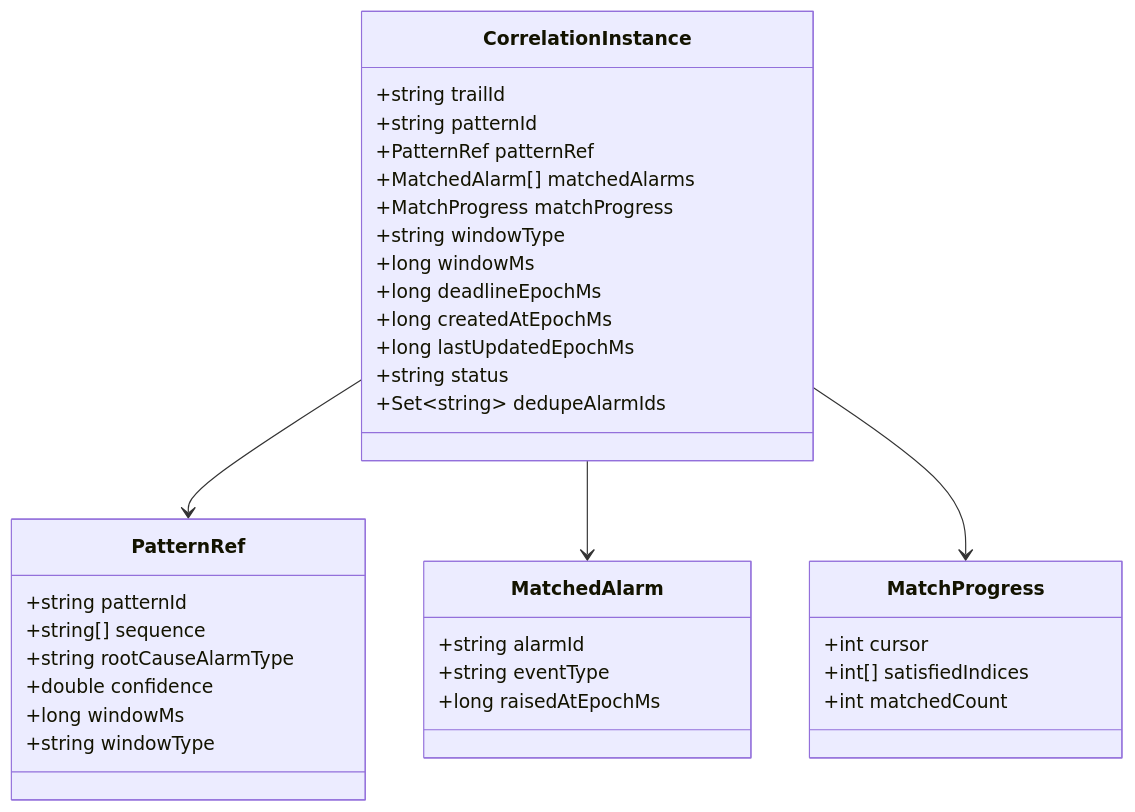
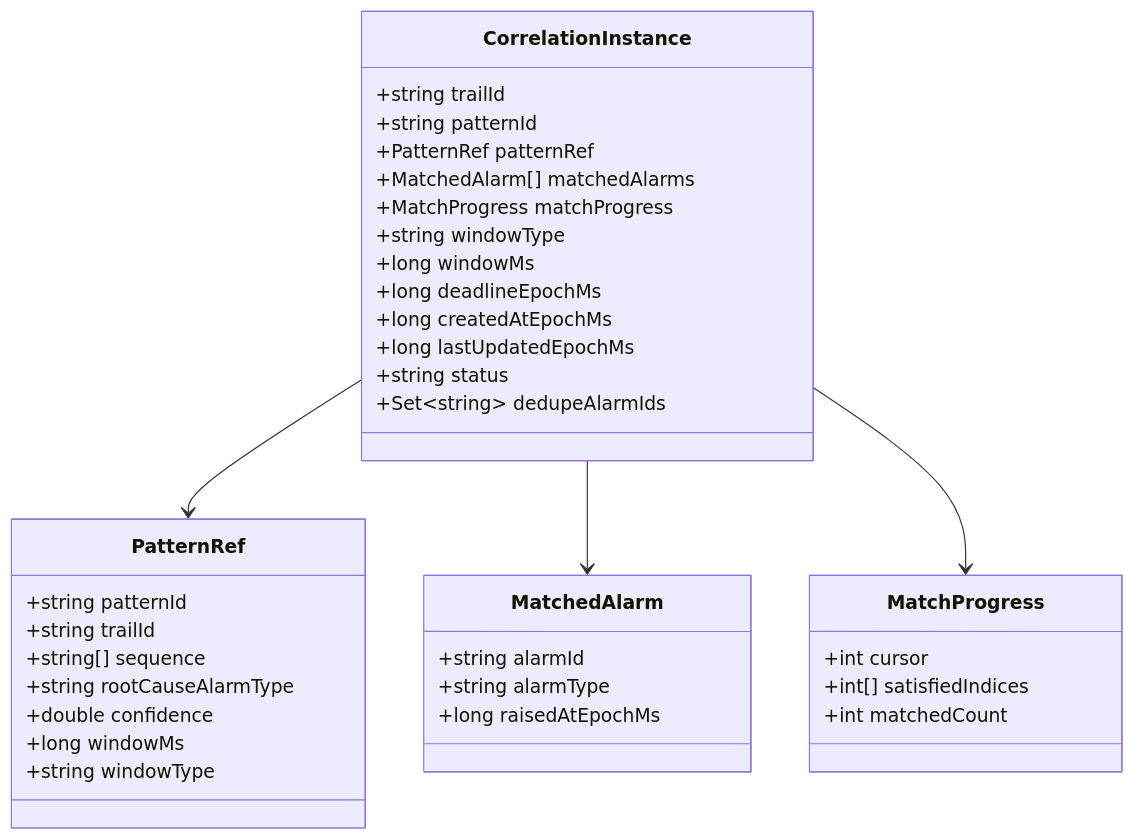
The second of 10 diagrams in services/correlation-engine/design.md (nikhilmohan/correlation-platform), drawn with Mermaid before and after one commit. The commit also changed other lines of this file and 1 other file, not shown here.

First line of the commit message:
design(correlation-engine): readiness fixes — Q3 frozen Knowledge model-params endpoint+keys, Q4 rootCauseAlarmId via alarmType, Q7 trailId from Pattern Manager read API on refresh trigger

````diff
--- a/services/correlation-engine/design.md
+++ b/services/correlation-engine/design.md
@@ -216,38 +224,39 @@
 ```mermaid
 classDiagram
   class CorrelationInstance {
     +string trailId
     +string patternId
     +PatternRef patternRef
     +MatchedAlarm[] matchedAlarms
     +MatchProgress matchProgress
     +string windowType
     +long windowMs
     +long deadlineEpochMs
     +long createdAtEpochMs
     +long lastUpdatedEpochMs
     +string status
     +Set~string~ dedupeAlarmIds
   }
   class PatternRef {
     +string patternId
+    +string trailId
     +string[] sequence
     +string rootCauseAlarmType
     +double confidence
     +long windowMs
     +string windowType
   }
   class MatchedAlarm {
     +string alarmId
-    +string eventType
+    +string alarmType
     +long raisedAtEpochMs
   }
   class MatchProgress {
     +int cursor
     +int[] satisfiedIndices
     +int matchedCount
   }
   CorrelationInstance --> PatternRef
   CorrelationInstance --> MatchedAlarm
   CorrelationInstance --> MatchProgress
 ```
````
